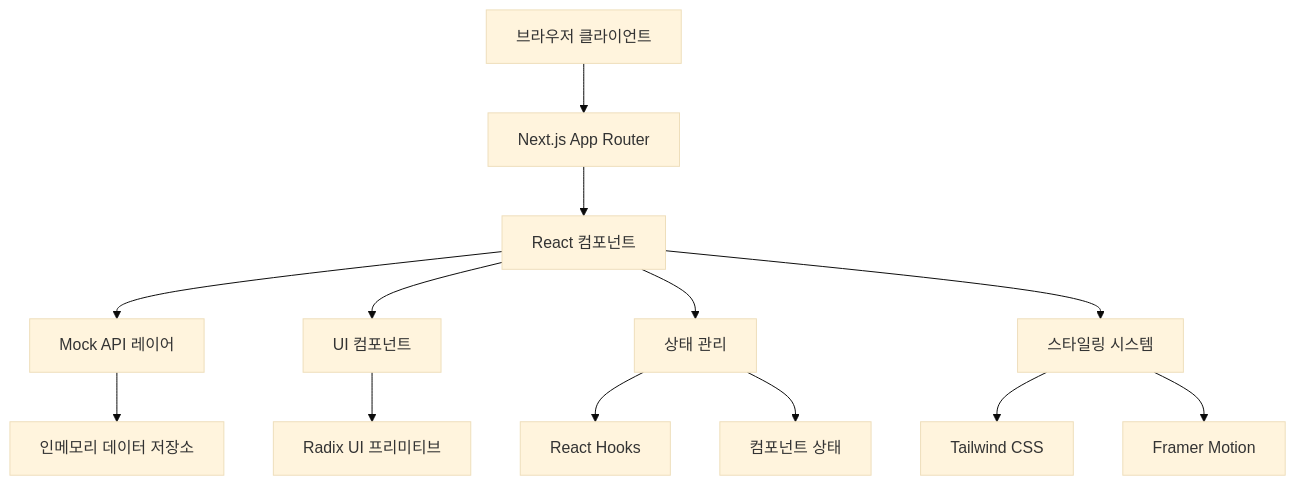
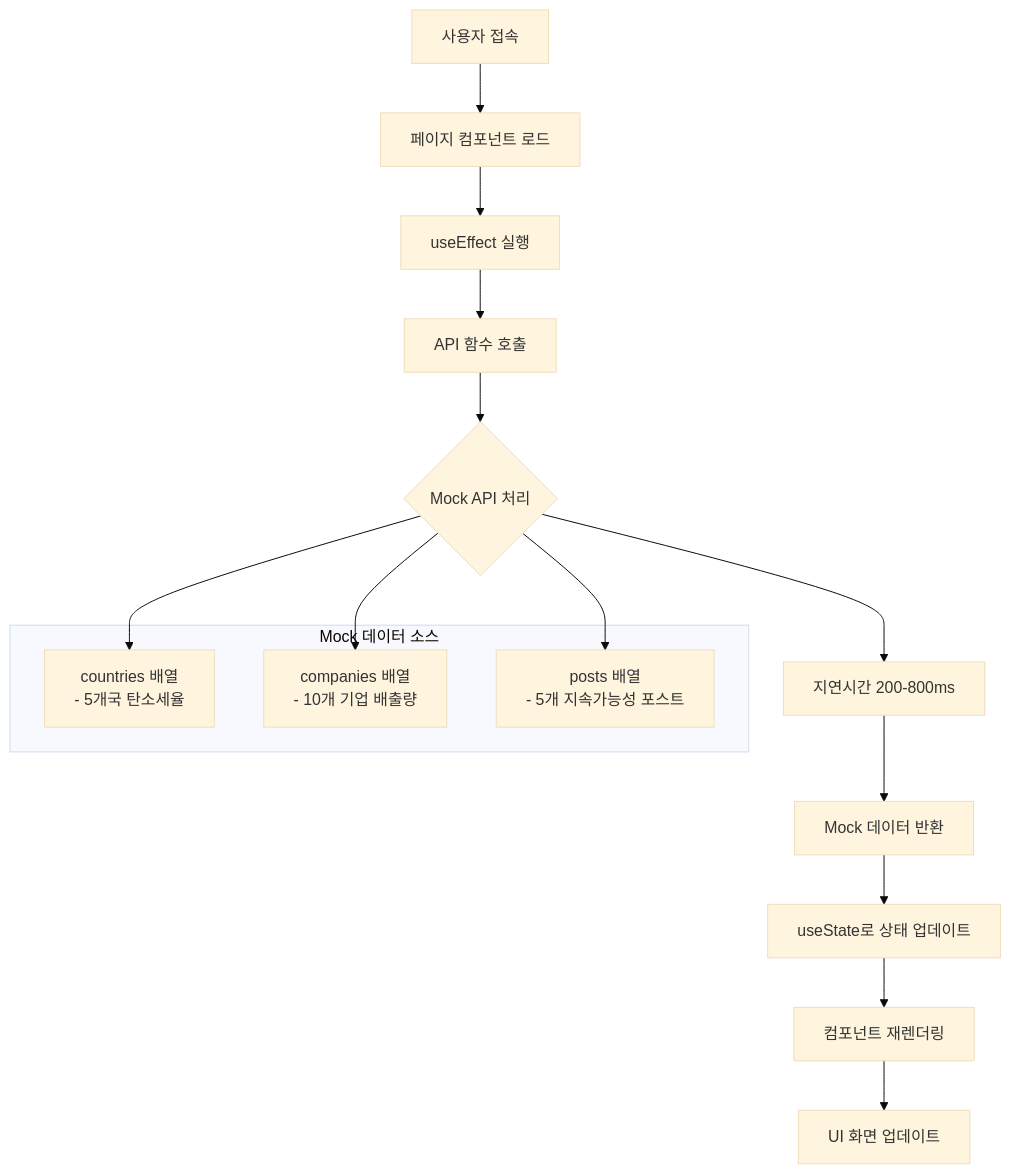
One commit to jiwonkim16/hanaloop-dashboard changed the diagram in Docs/Architecture-Overview.md. Above: the diagram before and after it, drawn with Mermaid (base theme). The commit also changed other lines of this file and 3 other files, not shown here.

Commit message:
📚 [docs] 아키텍처 및 디자인 문서 업데이트: 데이터 플로우 아키텍처, 컴포넌트 계층 구조, 상태 관리 플로우 추가 및 렌더링 전략 설명. 불필요한 파일 삭제.

````diff
--- a/Docs/Architecture-Overview.md
+++ b/Docs/Architecture-Overview.md
@@ -9,18 +11,22 @@
 ```mermaid
-graph TB
-    A[브라우저 클라이언트] --> B[Next.js App Router]
-    B --> C[React 컴포넌트]
-    C --> D[Mock API 레이어]
-    D --> E[인메모리 데이터 저장소]
+flowchart TD
+    A[사용자 접속] --> B[페이지 컴포넌트 로드]
+    B --> C[useEffect 실행]
+    C --> D[API 함수 호출]
+    D --> E{Mock API 처리}
+    E --> F[지연시간 200-800ms]
+    F --> G[Mock 데이터 반환]
+    G --> H[useState로 상태 업데이트]
+    H --> I[컴포넌트 재렌더링]
+    I --> J[UI 화면 업데이트]
 
-    C --> F[UI 컴포넌트]
-    F --> G[Radix UI 프리미티브]
+    subgraph "Mock 데이터 소스"
+        K[countries 배열<br/>- 5개국 탄소세율]
+        L[companies 배열<br/>- 10개 기업 배출량]
+        M[posts 배열<br/>- 5개 지속가능성 포스트]
+    end
 
-    C --> H[상태 관리]
-    H --> I[React Hooks]
-    H --> J[컴포넌트 상태]
-
-    C --> K[스타일링 시스템]
-    K --> L[Tailwind CSS]
-    K --> M[Framer Motion]
+    E --> K
+    E --> L
+    E --> M
 ```
````
